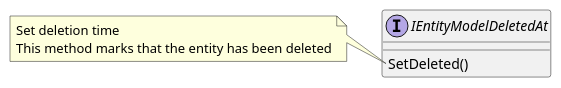
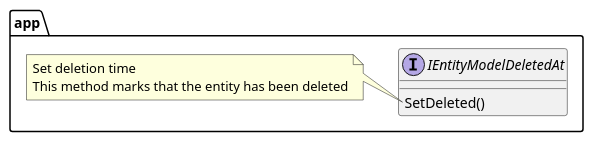
One commit to lf-edge/rol changed the diagram in docs/plantuml/interfaces/IEntityModelDeletedAt.puml. Above: the diagram before and after it, drawn with PlantUML. The commit also changed 26 other files, not shown here.

```diff
--- a/docs/plantuml/interfaces/IEntityModelDeletedAt.puml
+++ b/docs/plantuml/interfaces/IEntityModelDeletedAt.puml
@@ -1,9 +1,13 @@
 @startuml IEntityModelDeletedAt
-interface IEntityModelDeletedAt {
-    SetDeleted()
+
+package app {
+    interface IEntityModelDeletedAt {
+        SetDeleted()
+    }
+    note left of IEntityModelDeletedAt::SetDeleted
+        Set deletion time
+        This method marks that the entity has been deleted
+    end note
 }
-note left of IEntityModelDeletedAt::SetDeleted
-    Set deletion time
-    This method marks that the entity has been deleted
-end note
+
 @enduml
```
